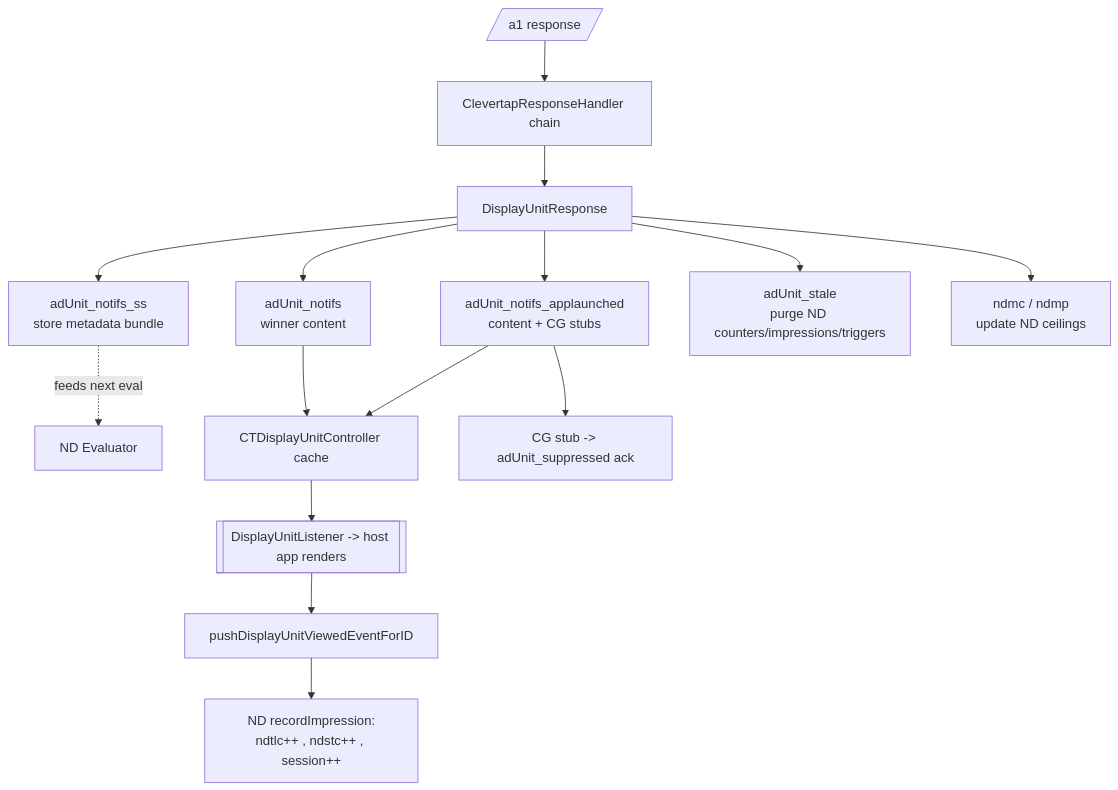
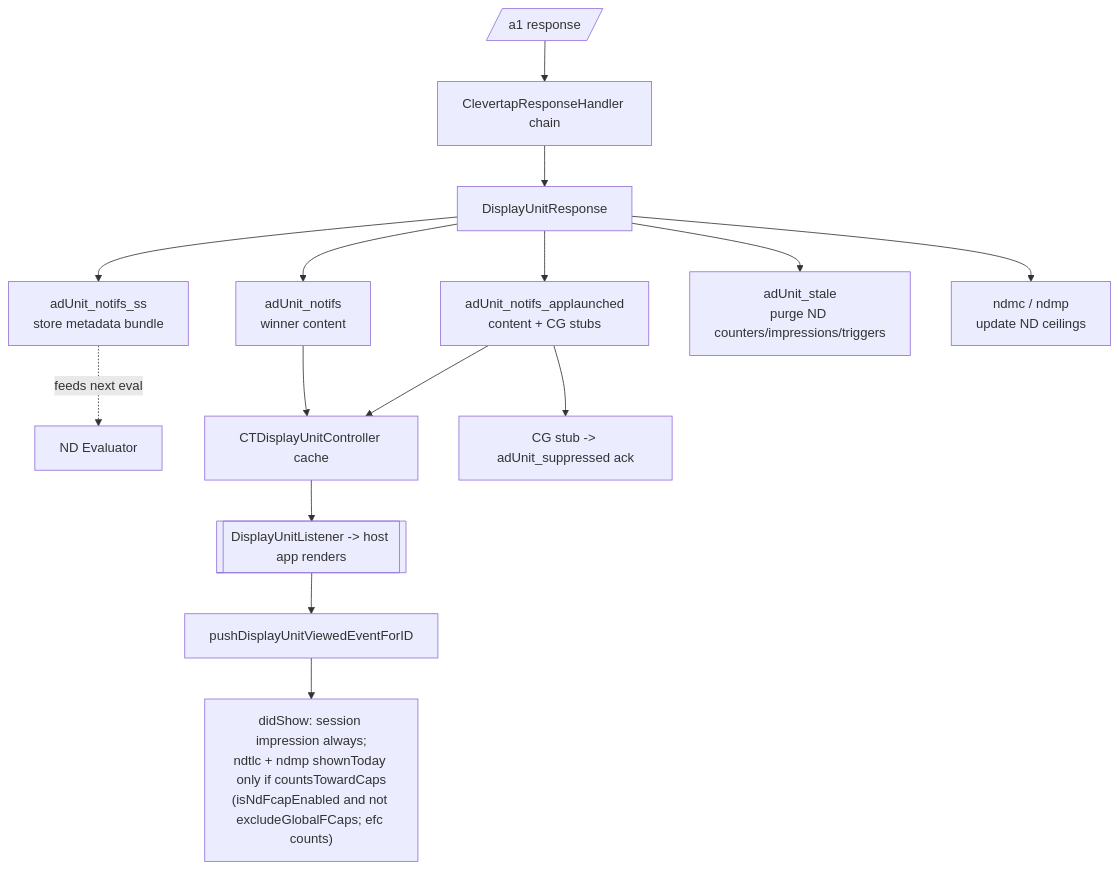
The second of 3 diagrams in docs/NativeDisplayFrequencyCaps.md (CleverTap/clevertap-android-sdk), drawn with Mermaid before and after one commit. The commit also changed other lines of this file, not shown here.

First line of the commit message:
docs(nd): update Native Display Frequency Caps TAN to shipped behaviour

````diff
--- a/docs/NativeDisplayFrequencyCaps.md
+++ b/docs/NativeDisplayFrequencyCaps.md
@@ -244,17 +248,17 @@
 ```mermaid
 flowchart TD
     RESP[/a1 response/] --> CRH[ClevertapResponseHandler chain]
     CRH --> NDR[DisplayUnitResponse]
     NDR --> SS[adUnit_notifs_ss<br/>store metadata bundle]
     NDR --> AL[adUnit_notifs_applaunched<br/>content + CG stubs]
     NDR --> NF[adUnit_notifs<br/>winner content]
     NDR --> STALE[adUnit_stale<br/>purge ND counters/impressions/triggers]
     NDR --> CEIL[ndmc / ndmp<br/>update ND ceilings]
     SS -.feeds next eval.-> EVAL[ND Evaluator]
     AL --> CACHE[CTDisplayUnitController cache]
     NF --> CACHE
     AL --> ACK[CG stub -> adUnit_suppressed ack]
     CACHE --> APP[[DisplayUnitListener -> host app renders]]
     APP --> VIEW[pushDisplayUnitViewedEventForID]
-    VIEW --> REC[ND recordImpression:<br/>ndtlc++ , ndstc++ , session++]
+    VIEW --> REC["didShow: session impression always;<br/>ndtlc + ndmp shownToday only if countsTowardCaps<br/>(isNdFcapEnabled and not excludeGlobalFCaps; efc counts)"]
 ```
````
